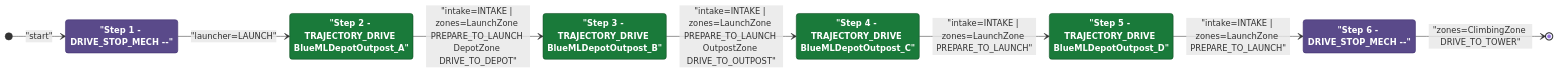
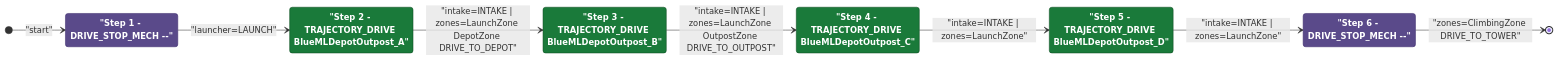
The diagram in documents/auton/BlueHubLaunch0DepOutScoreClimb.md (Team302/2026Rebuilt), drawn with Mermaid before and after one commit. The commit also changed other lines of this file and 131 other files, not shown here.

First line of the commit message:
docs(auton): regenerate Mermaid diagrams [skip ci]

````diff
--- a/documents/auton/BlueHubLaunch0DepOutScoreClimb.md
+++ b/documents/auton/BlueHubLaunch0DepOutScoreClimb.md
@@ -8,30 +8,30 @@
 ```mermaid
 stateDiagram-v2
     direction LR
 
     %% Green = intake active, Purple = intake off
     classDef intake  fill:#1a7a3a,color:#ffffff,stroke:#0d4a1f,font-weight:bold
     classDef noIntake fill:#5a4a8a,color:#ffffff,stroke:#3a2a6a,font-weight:bold
 
     Step1 : "Step 1 - DRIVE_STOP_MECH --"
     Step2 : "Step 2 - TRAJECTORY_DRIVE BlueMLDepotOutpost_A"
     Step3 : "Step 3 - TRAJECTORY_DRIVE BlueMLDepotOutpost_B"
     Step4 : "Step 4 - TRAJECTORY_DRIVE BlueMLDepotOutpost_C"
     Step5 : "Step 5 - TRAJECTORY_DRIVE BlueMLDepotOutpost_D"
     Step6 : "Step 6 - DRIVE_STOP_MECH --"
 
     class Step1 noIntake
     class Step2 intake
     class Step3 intake
     class Step4 intake
     class Step5 intake
     class Step6 noIntake
 
     [*] --> Step1 : "start"
     Step1 --> Step2: "launcher=LAUNCH"
-    Step2 --> Step3: "intake=INTAKE | zones=LaunchZone PREPARE_TO_LAUNCH DepotZone DRIVE_TO_DEPOT"
-    Step3 --> Step4: "intake=INTAKE | zones=LaunchZone PREPARE_TO_LAUNCH OutpostZone DRIVE_TO_OUTPOST"
-    Step4 --> Step5: "intake=INTAKE | zones=LaunchZone PREPARE_TO_LAUNCH"
-    Step5 --> Step6: "intake=INTAKE | zones=LaunchZone PREPARE_TO_LAUNCH"
+    Step2 --> Step3: "intake=INTAKE | zones=LaunchZone DepotZone DRIVE_TO_DEPOT"
+    Step3 --> Step4: "intake=INTAKE | zones=LaunchZone OutpostZone DRIVE_TO_OUTPOST"
+    Step4 --> Step5: "intake=INTAKE | zones=LaunchZone"
+    Step5 --> Step6: "intake=INTAKE | zones=LaunchZone"
     Step6 --> [*]: "zones=ClimbingZone DRIVE_TO_TOWER"
 ```
````
